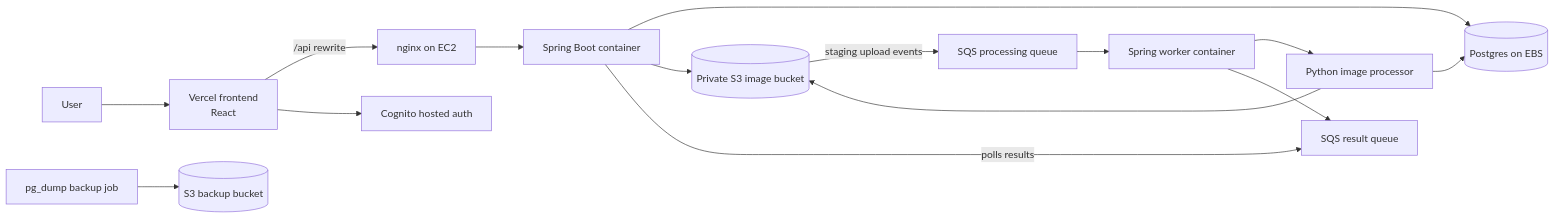
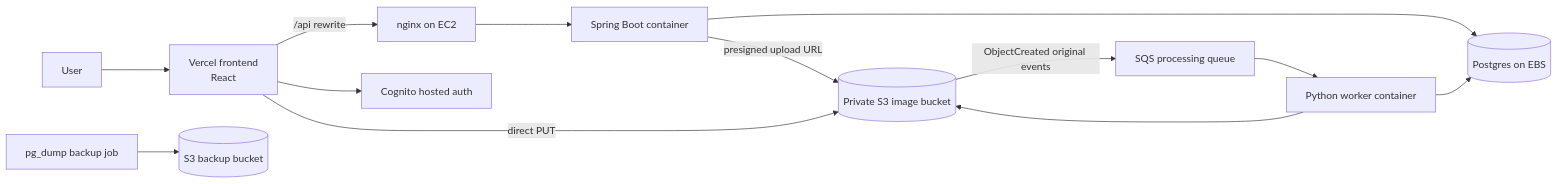
Before and after one commit to ssu526/closethop: the diagram in README.md, drawn with Mermaid. The commit also changed other lines of this file and 161 other files, not shown here.

Commit message:
Simplify upload processing pipeline

````diff
--- a/README.md
+++ b/README.md
@@ -12,17 +12,15 @@
 ```mermaid
 flowchart LR
   U[User] --> V[Vercel frontend<br/>React]
   V -->|/api rewrite| N[nginx on EC2]
   N --> B[Spring Boot container]
   B --> P[(Postgres on EBS)]
-  B --> S3[(Private S3 image bucket)]
-  S3 -->|staging upload events| Q[SQS processing queue]
-  Q --> W[Spring worker container]
-  W --> H[Python image processor]
-  H --> S3
-  H --> P
-  W --> R[SQS result queue]
-  B -->|polls results| R
+  B -->|presigned upload URL| S3[(Private S3 image bucket)]
+  V -->|direct PUT| S3
+  S3 -->|ObjectCreated original events| Q[SQS processing queue]
+  Q --> W[Python worker container]
+  W --> S3
+  W --> P
   BK[pg_dump backup job] --> BS3[(S3 backup bucket)]
   V --> C[Cognito hosted auth]
 ```
````
